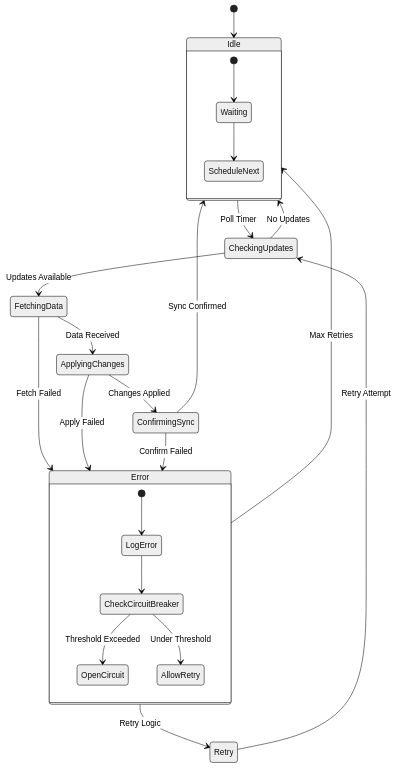
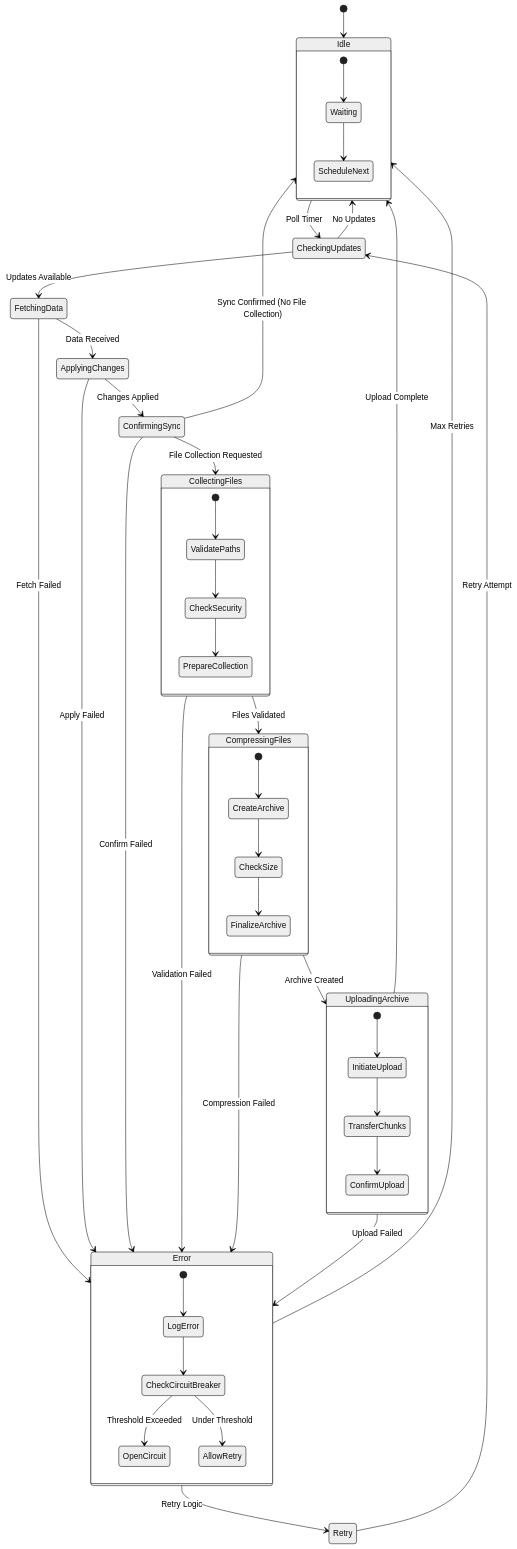
The diagram in notes/1-sync/architecture/6-sync-state-machine.md (gaocuiping/kugelpos-stpos-docs-new), drawn with Mermaid (neutral theme) before and after one commit. The commit also changed other lines of this file and 11 other files, not shown here.

First line of the commit message:
Update sync service architecture and design documents

````diff
--- a/notes/1-sync/architecture/6-sync-state-machine.md
+++ b/notes/1-sync/architecture/6-sync-state-machine.md
@@ -70,33 +87,61 @@
 ```mermaid
 stateDiagram-v2
     [*] --> Idle
     
     Idle --> CheckingUpdates: Poll Timer
     CheckingUpdates --> FetchingData: Updates Available
     CheckingUpdates --> Idle: No Updates
     
     FetchingData --> ApplyingChanges: Data Received
     FetchingData --> Error: Fetch Failed
     
     ApplyingChanges --> ConfirmingSync: Changes Applied
     ApplyingChanges --> Error: Apply Failed
     
-    ConfirmingSync --> Idle: Sync Confirmed
+    ConfirmingSync --> CollectingFiles: File Collection Requested
+    ConfirmingSync --> Idle: Sync Confirmed (No File Collection)
     ConfirmingSync --> Error: Confirm Failed
+    
+    CollectingFiles --> CompressingFiles: Files Validated
+    CollectingFiles --> Error: Validation Failed
+    
+    CompressingFiles --> UploadingArchive: Archive Created
+    CompressingFiles --> Error: Compression Failed
+    
+    UploadingArchive --> Idle: Upload Complete
+    UploadingArchive --> Error: Upload Failed
     
     Error --> Retry: Retry Logic
     Error --> Idle: Max Retries
     Retry --> CheckingUpdates: Retry Attempt
     
     state Idle {
         [*] --> Waiting
         Waiting --> ScheduleNext
     }
     
     state Error {
         [*] --> LogError
         LogError --> CheckCircuitBreaker
         CheckCircuitBreaker --> OpenCircuit: Threshold Exceeded
         CheckCircuitBreaker --> AllowRetry: Under Threshold
     }
+    
+    state CollectingFiles {
+        [*] --> ValidatePaths
+        ValidatePaths --> CheckSecurity
+        CheckSecurity --> PrepareCollection
+    }
+    
+    state CompressingFiles {
+        [*] --> CreateArchive
+        CreateArchive --> CheckSize
+        CheckSize --> FinalizeArchive
+    }
+    
+    state UploadingArchive {
+        [*] --> InitiateUpload
+        InitiateUpload --> TransferChunks
+        TransferChunks --> ConfirmUpload
+    }
 ```
````
